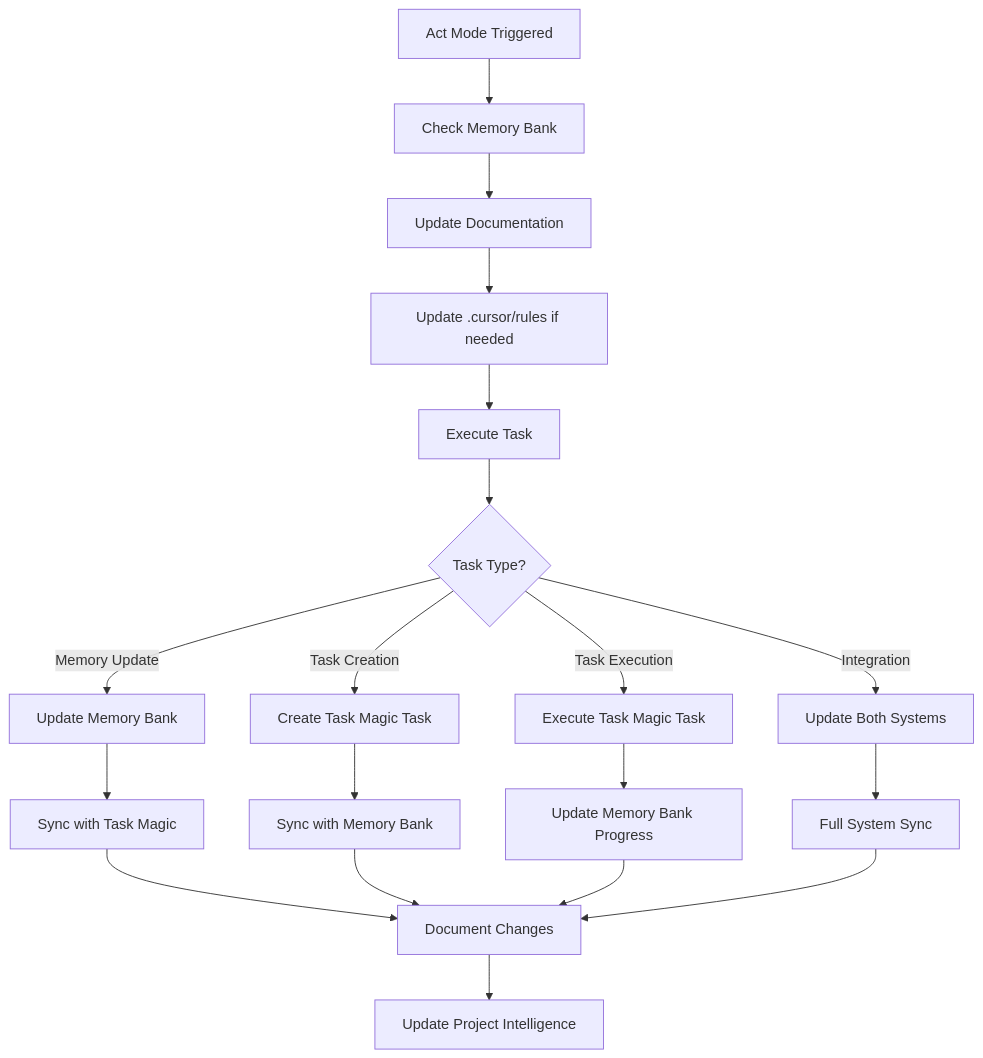
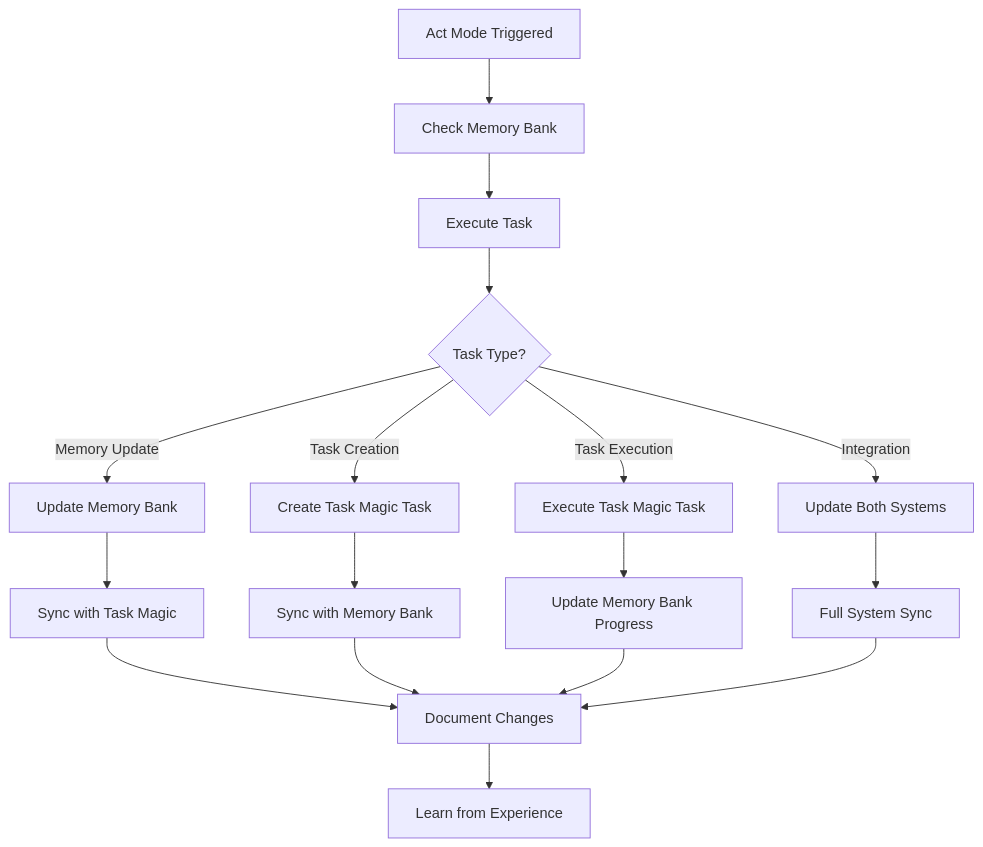
The fifth of 16 diagrams in .cursor/rules/unified-workflow.md (louisfghbvc/task-management-memory-system), drawn with Mermaid before and after one commit. The commit also changed other lines of this file and 1 other file, not shown here.

Commit message:
更新記憶體庫與統一工作流程文件，調整流程圖以強調記憶體庫與任務魔法的分工，並明確定義系統責任矩陣與數據流邊界。

````diff
--- a/.cursor/rules/unified-workflow.md
+++ b/.cursor/rules/unified-workflow.md
@@ -100,26 +100,24 @@
 ```mermaid
 flowchart TD
     ActMode[Act Mode Triggered] --> CheckContext[Check Memory Bank]
-    CheckContext --> UpdateDocs[Update Documentation]
-    UpdateDocs --> UpdateRules[Update .cursor/rules if needed]
-    UpdateRules --> Execute[Execute Task]
+    CheckContext --> Execute[Execute Task]
     
     Execute --> TaskType{Task Type?}
     
     TaskType -->|Memory Update| MB_Update[Update Memory Bank]
     TaskType -->|Task Creation| TM_Create[Create Task Magic Task]
     TaskType -->|Task Execution| TM_Execute[Execute Task Magic Task]
     TaskType -->|Integration| Both[Update Both Systems]
     
     MB_Update --> Sync1[Sync with Task Magic]
     TM_Create --> Sync2[Sync with Memory Bank]
     TM_Execute --> Sync3[Update Memory Bank Progress]
     Both --> Sync4[Full System Sync]
     
     Sync1 --> Document[Document Changes]
     Sync2 --> Document
     Sync3 --> Document
     Sync4 --> Document
     
-    Document --> Learn[Update Project Intelligence]
+    Document --> Learn[Learn from Experience]
 ```
````
